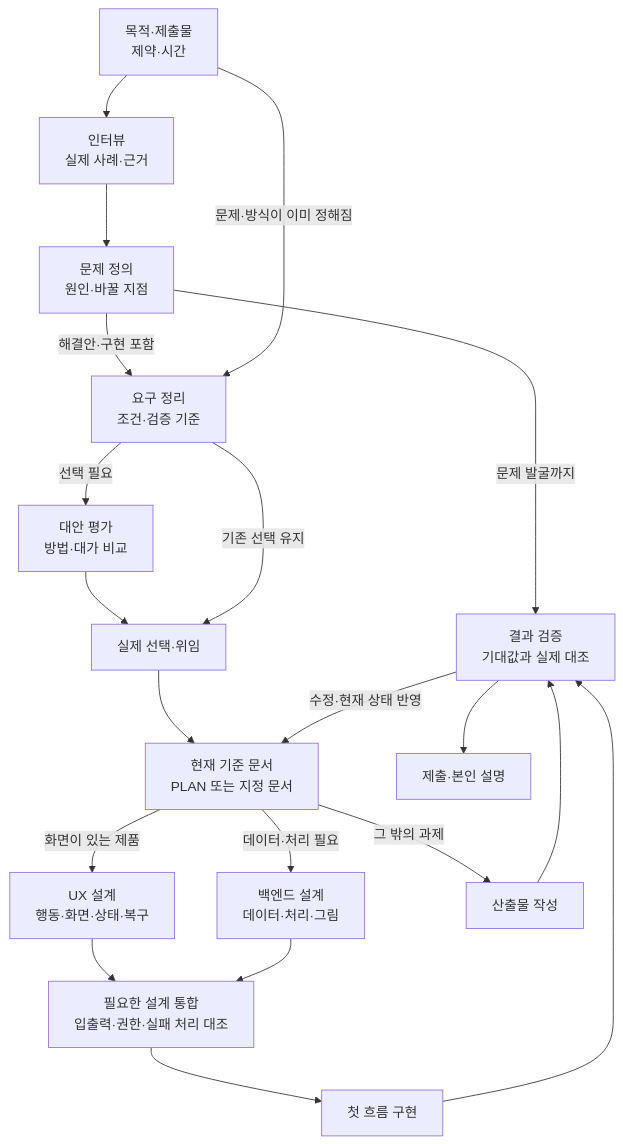
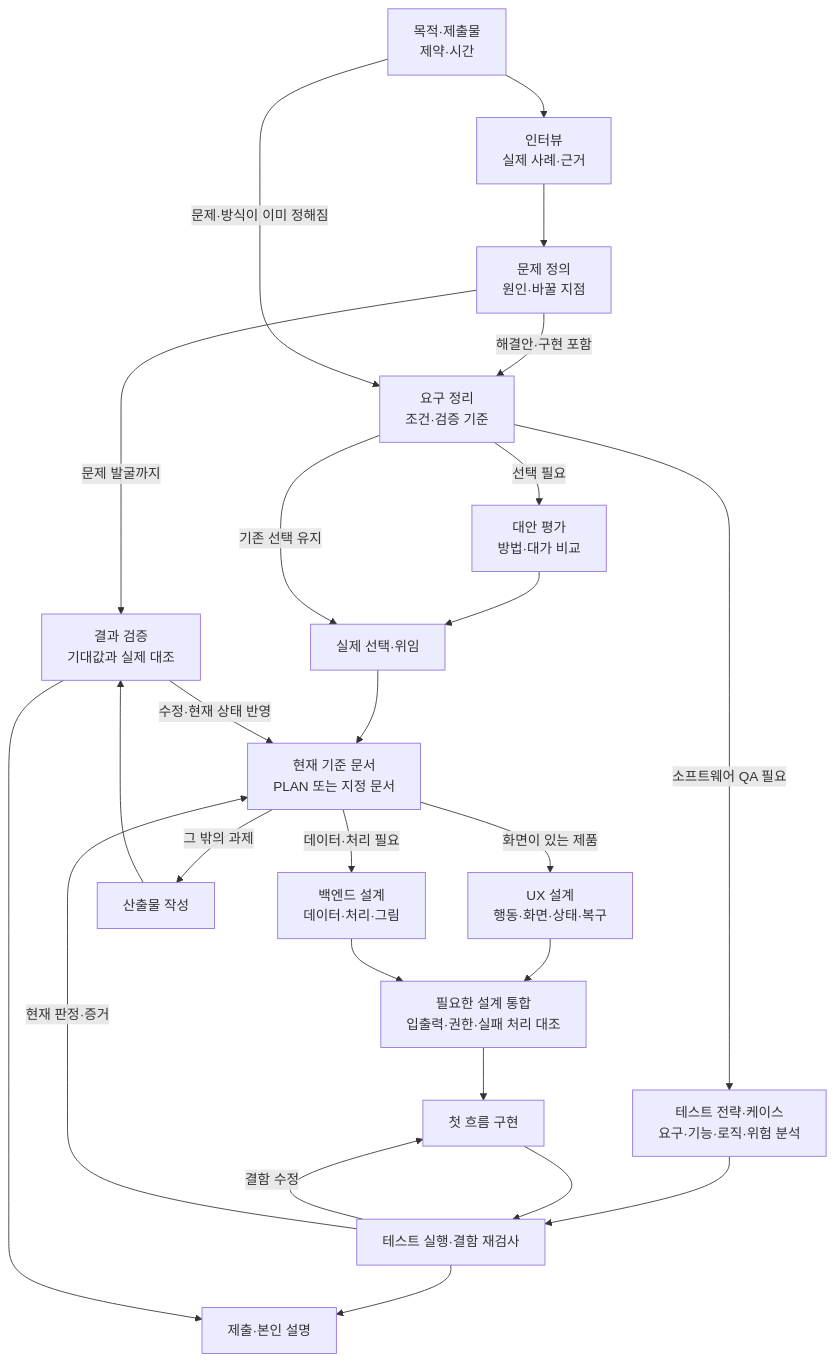
One commit to Hayden-J/product-skill-trees changed the diagram in docs/skill-map.md. Above: the diagram before and after it, drawn with Mermaid. The commit also changed other lines of this file and 10 other files, not shown here.

Commit message:
[스킬] 소프트웨어 QA 전략·케이스·실행 스킬 추가 - 형식·설치 17개 검사 통과

````diff
--- a/docs/skill-map.md
+++ b/docs/skill-map.md
@@ -11,22 +11,27 @@
 ```mermaid
 flowchart TD
     A["목적·제출물<br/>제약·시간"] --> I["인터뷰<br/>실제 사례·근거"]
     I --> D["문제 정의<br/>원인·바꿀 지점"]
     D -->|문제 발굴까지| V["결과 검증<br/>기대값과 실제 대조"]
     D -->|해결안·구현 포함| R["요구 정리<br/>조건·검증 기준"]
     A -->|문제·방식이 이미 정해짐| R
     R -->|선택 필요| E["대안 평가<br/>방법·대가 비교"]
     E --> C["실제 선택·위임"]
     R -->|기존 선택 유지| C
     C --> PLAN["현재 기준 문서<br/>PLAN 또는 지정 문서"]
     PLAN -->|화면이 있는 제품| UX["UX 설계<br/>행동·화면·상태·복구"]
     PLAN -->|데이터·처리 필요| B["백엔드 설계<br/>데이터·처리·그림"]
     UX --> JOIN["필요한 설계 통합<br/>입출력·권한·실패 처리 대조"]
     B --> JOIN
     JOIN --> DEV["첫 흐름 구현"]
     PLAN -->|그 밖의 과제| OUT["산출물 작성"]
-    DEV --> V
+    R -->|소프트웨어 QA 필요| QA["테스트 전략·케이스<br/>요구·기능·로직·위험 분석"]
+    QA --> QT["테스트 실행·결함 재검사"]
+    DEV --> QT
+    QT -->|결함 수정| DEV
+    QT -->|현재 판정·증거| PLAN
+    QT --> F
     OUT --> V
     V -->|수정·현재 상태 반영| PLAN
     V --> F["제출·본인 설명"]
 ```
````
